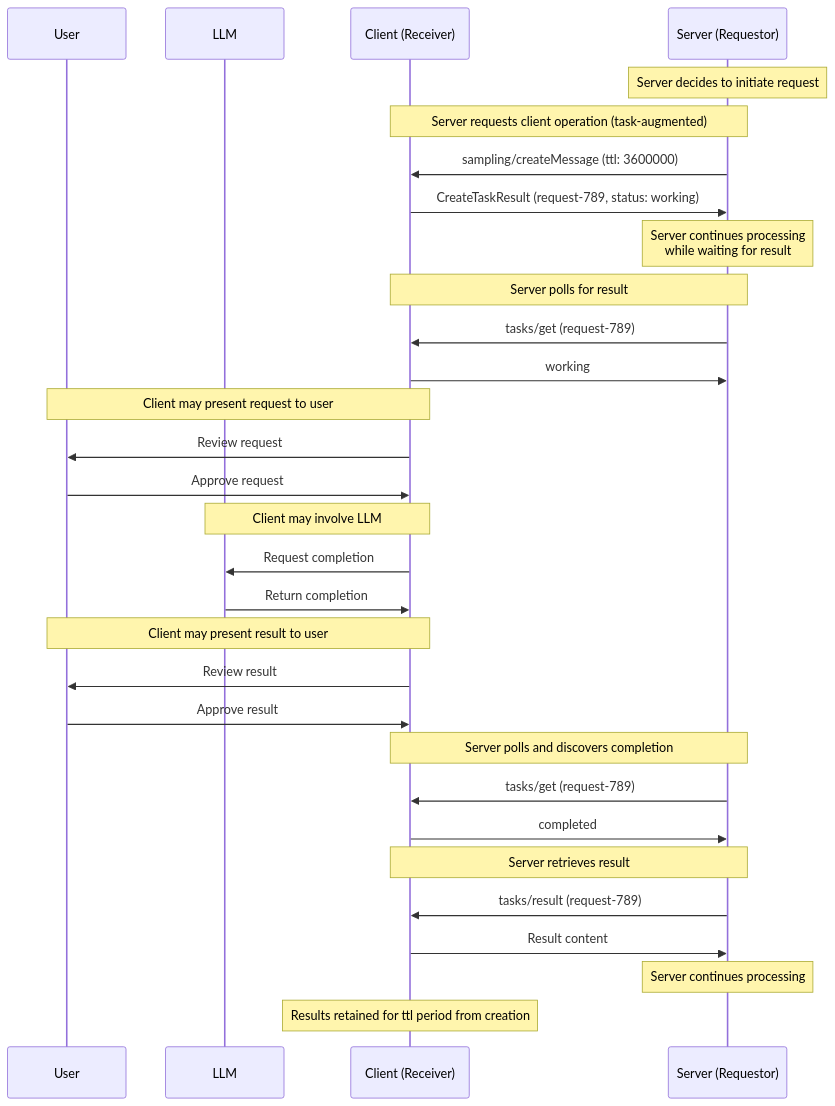
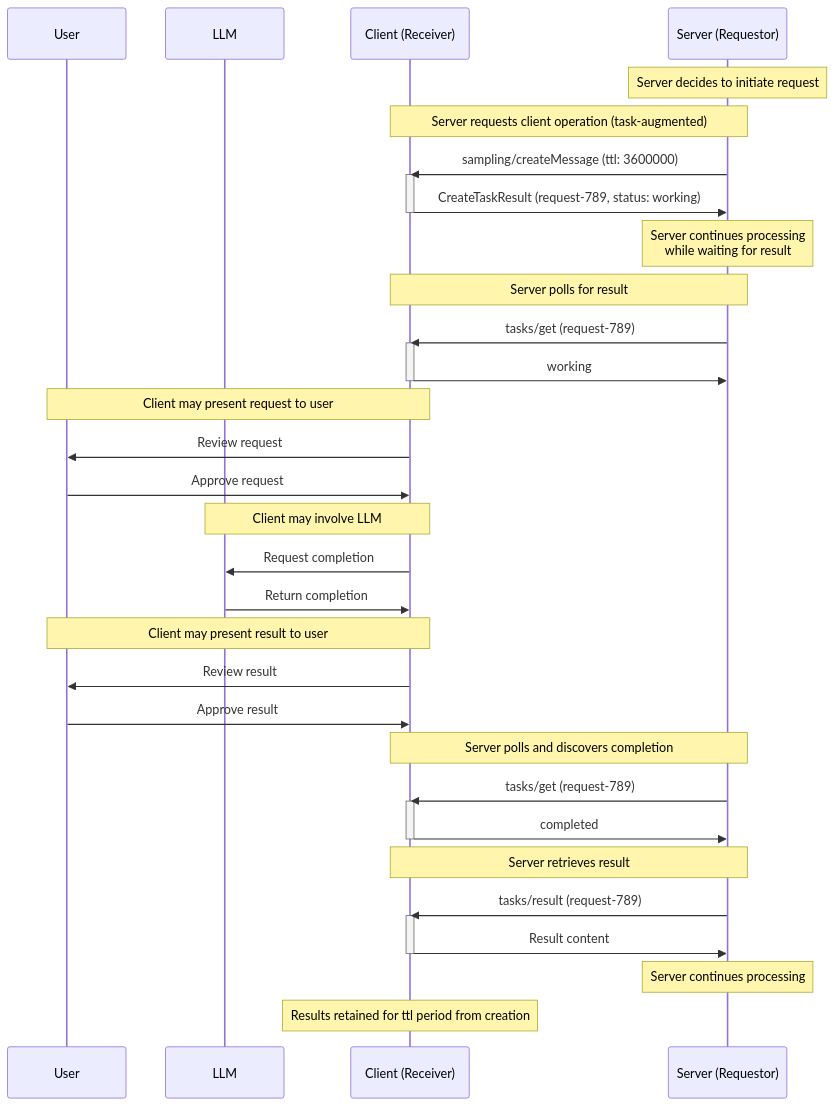
The fourth of 5 diagrams in docs/specification/draft/basic/utilities/tasks.mdx (scottslewis/modelcontextprotocol), drawn with Mermaid before and after one commit. The commit also changed other lines of this file, not shown here.

Commit message:
Clarify request lifetimes in task diagrams

````diff
--- a/docs/specification/draft/basic/utilities/tasks.mdx
+++ b/docs/specification/draft/basic/utilities/tasks.mdx
@@ -561,43 +571,51 @@
 ```mermaid
 sequenceDiagram
     participant U as User
     participant LLM
     participant C as Client (Receiver)
     participant S as Server (Requestor)
 
     Note over S: Server decides to initiate request
 
     Note over S,C: Server requests client operation (task-augmented)
     S->>C: sampling/createMessage (ttl: 3600000)
+    activate C
     C->>S: CreateTaskResult (request-789, status: working)
+    deactivate C
 
     Note over S: Server continues processing<br/>while waiting for result
 
     Note over S,C: Server polls for result
     S->>C: tasks/get (request-789)
+    activate C
     C->>S: working
+    deactivate C
 
     Note over C,U: Client may present request to user
     C->>U: Review request
     U->>C: Approve request
 
     Note over C,LLM: Client may involve LLM
     C->>LLM: Request completion
     LLM->>C: Return completion
 
     Note over C,U: Client may present result to user
     C->>U: Review result
     U->>C: Approve result
 
     Note over S,C: Server polls and discovers completion
     S->>C: tasks/get (request-789)
+    activate C
     C->>S: completed
+    deactivate C
 
     Note over S,C: Server retrieves result
     S->>C: tasks/result (request-789)
+    activate C
     C->>S: Result content
+    deactivate C
 
     Note over S: Server continues processing
 
     Note over C: Results retained for ttl period from creation
 ```
````
